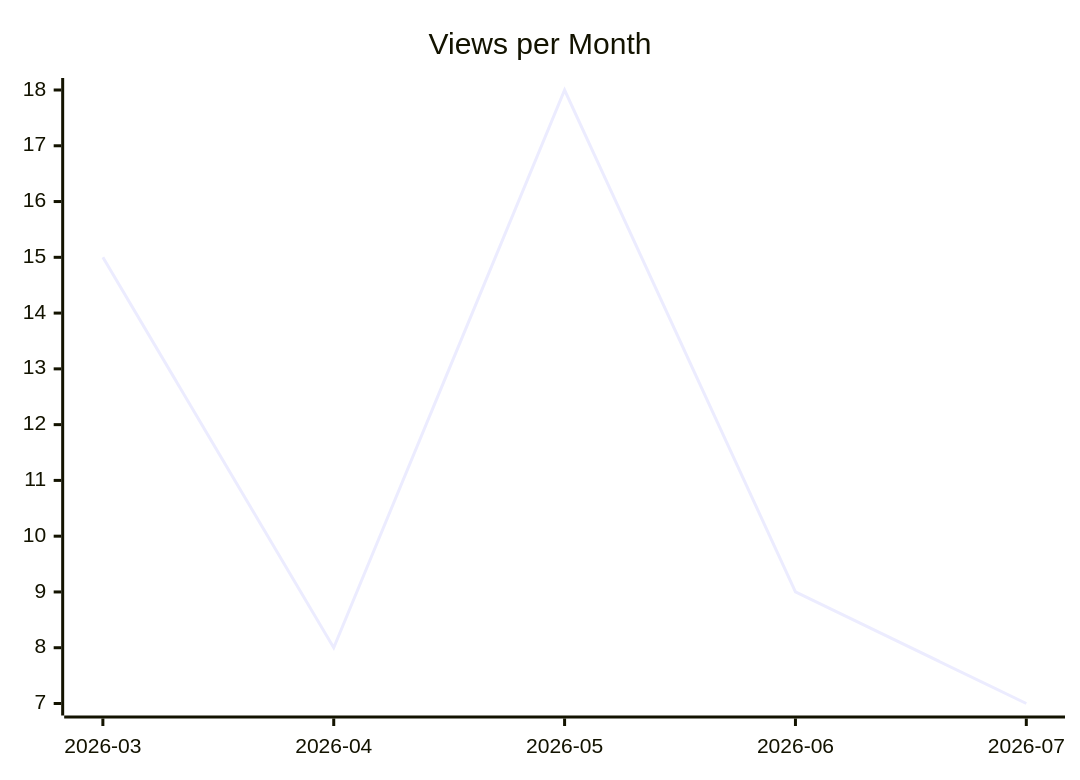
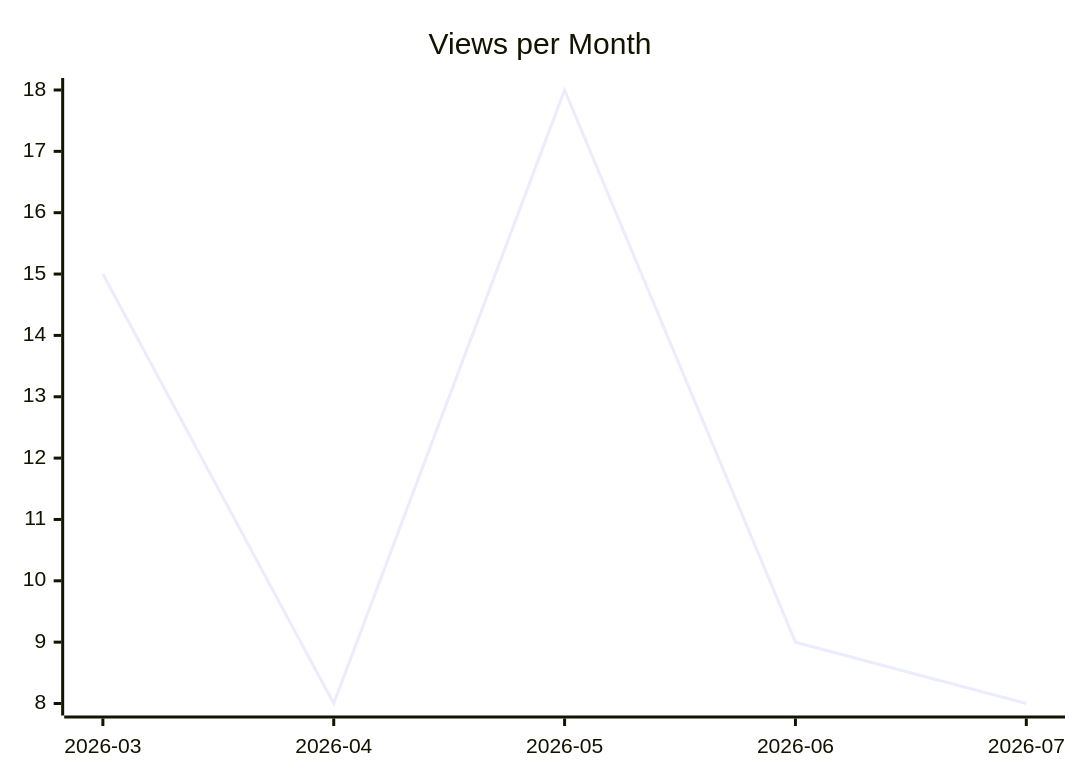
Before and after one commit to justdavis-family/github-analytics-data: the second of 3 diagrams in karlmdavis/xmlpull/README.md, drawn with Mermaid. The commit also changed other lines of this file and 180 other files, not shown here.

````diff
--- a/karlmdavis/xmlpull/README.md
+++ b/karlmdavis/xmlpull/README.md
@@ -12,6 +12,6 @@
 ```mermaid
 xychart-beta
   title "Views per Month"
   x-axis ["2026-03", "2026-04", "2026-05", "2026-06", "2026-07"]
-  line [15, 8, 18, 9, 7]
+  line [15, 8, 18, 9, 8]
 ```
````
